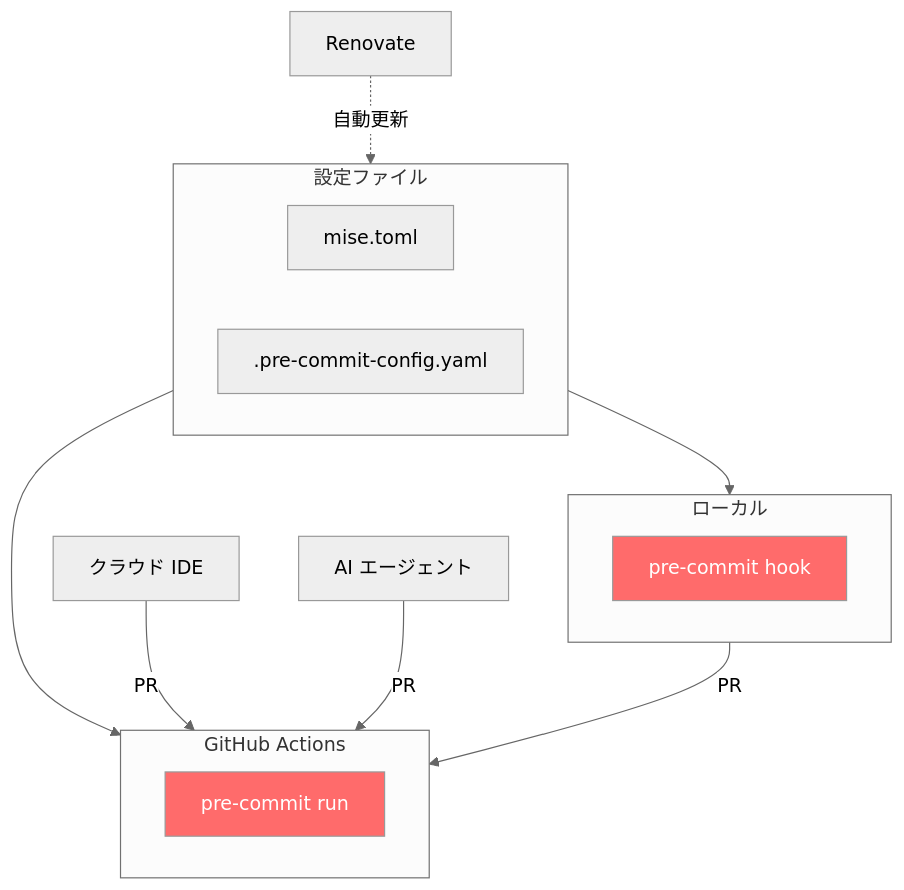
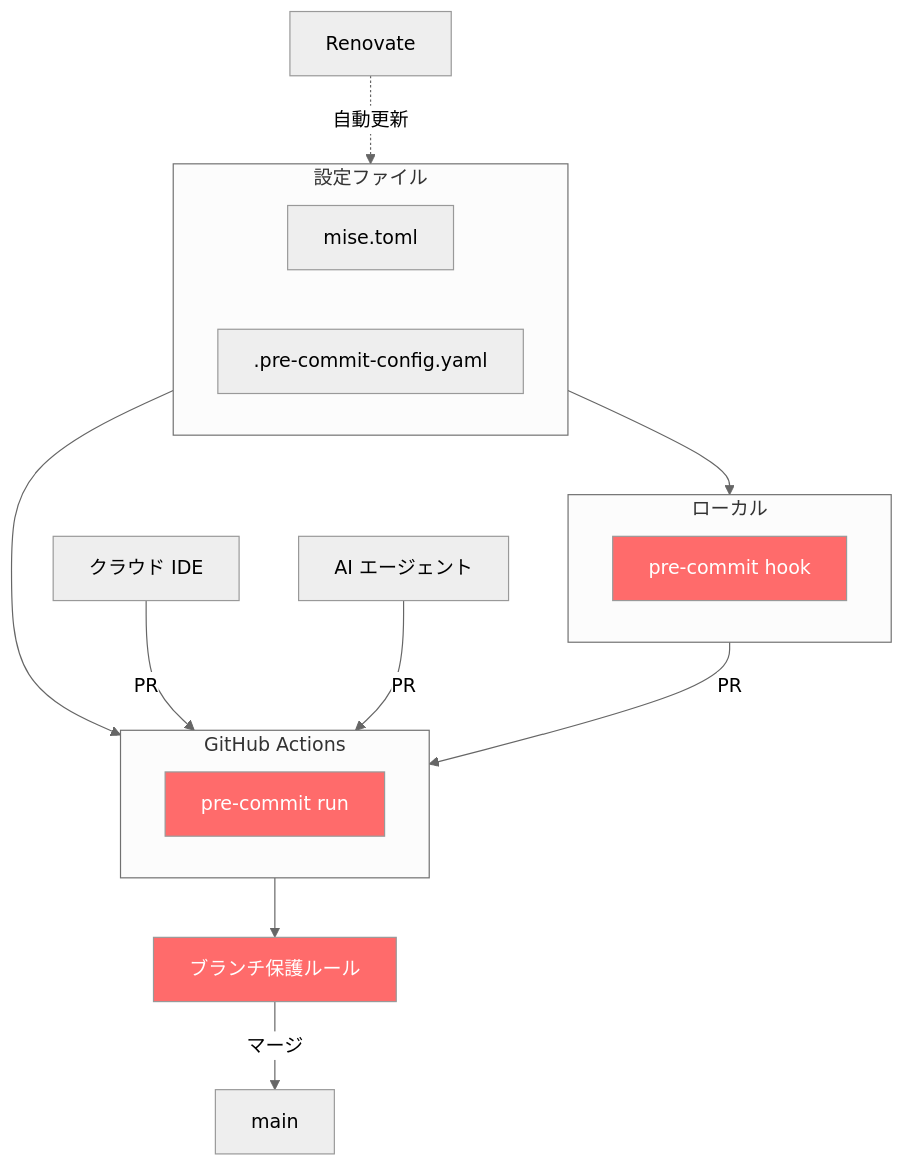
Before and after one commit to i9wa4/zenn-i9wa4: the diagram in articles/2025-12-06-ai-guardrails-local-cloud.md, drawn with Mermaid (neutral theme). The commit also changed other lines of this file, not shown here.

````diff
--- a/articles/2025-12-06-ai-guardrails-local-cloud.md
+++ b/articles/2025-12-06-ai-guardrails-local-cloud.md
@@ -31,26 +31,30 @@
 ```mermaid
 flowchart TB
     subgraph 設定ファイル
         F[mise.toml]
         G[.pre-commit-config.yaml]
     end
 
     設定ファイル --> ローカル & CI
 
     subgraph ローカル
         L[pre-commit hook]
     end
 
     Cloud[クラウド IDE] -->|PR| CI
     AI[AI エージェント] -->|PR| CI
     ローカル -->|PR| CI
 
     subgraph CI[GitHub Actions]
         D[pre-commit run]
     end
 
+    CI --> P[ブランチ保護ルール]
+    P -->|マージ| M[main]
+
     E[Renovate] -.->|自動更新| 設定ファイル
 
     style L fill:#ff6b6b,color:#fff
     style D fill:#ff6b6b,color:#fff
+    style P fill:#ff6b6b,color:#fff
 ```
````
